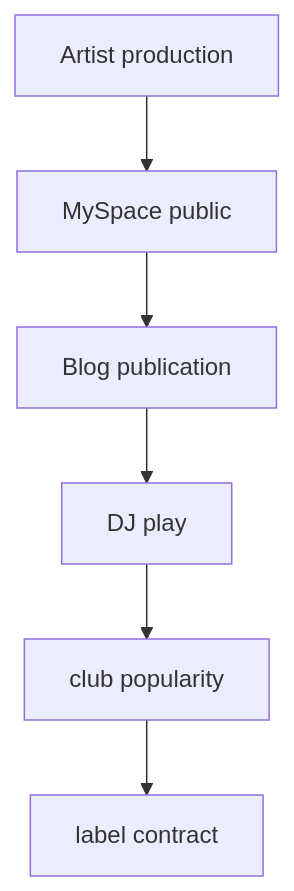
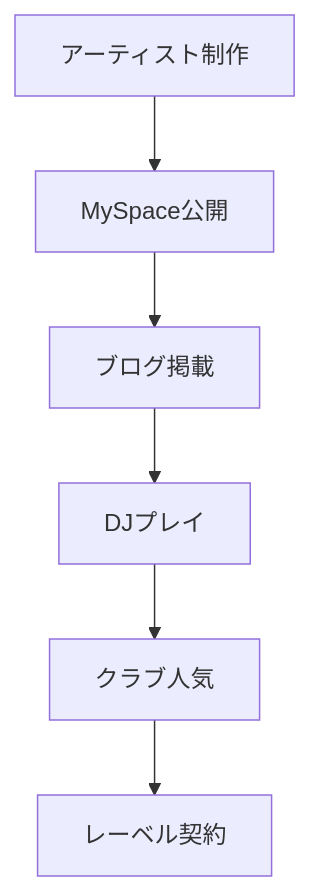
The second of 4 diagrams in en/_posts/2026-03-14-column-the-lost-era-of-bloghouse.md (monumental-movement/monumental-movement.github.io), drawn with Mermaid before and after one commit. The commit also changed other lines of this file and 2196 other files, not shown here.

```diff
--- a/en/_posts/2026-03-14-column-the-lost-era-of-bloghouse.md
+++ b/en/_posts/2026-03-14-column-the-lost-era-of-bloghouse.md
@@ -144,8 +144,8 @@
 <div class="mermaid">
 flowchart TD
-A[Artist production] --> B[MySpace public]
-B --> C[Blog publication]
-C --> D[DJ play]
-D --> E[club popularity]
-E --> F[label contract]
+A[アーティスト制作] --> B[MySpace公開]
+B --> C[ブログ掲載]
+C --> D[DJプレイ]
+D --> E[クラブ人気]
+E --> F[レーベル契約]
 </div>
```
